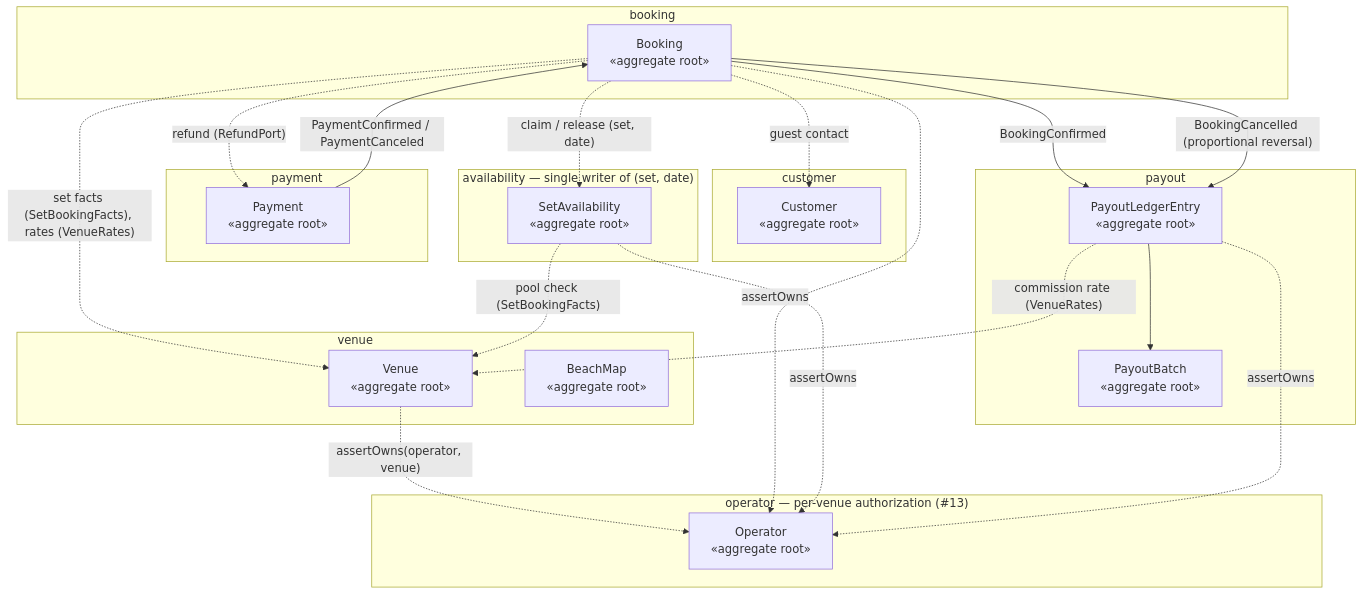
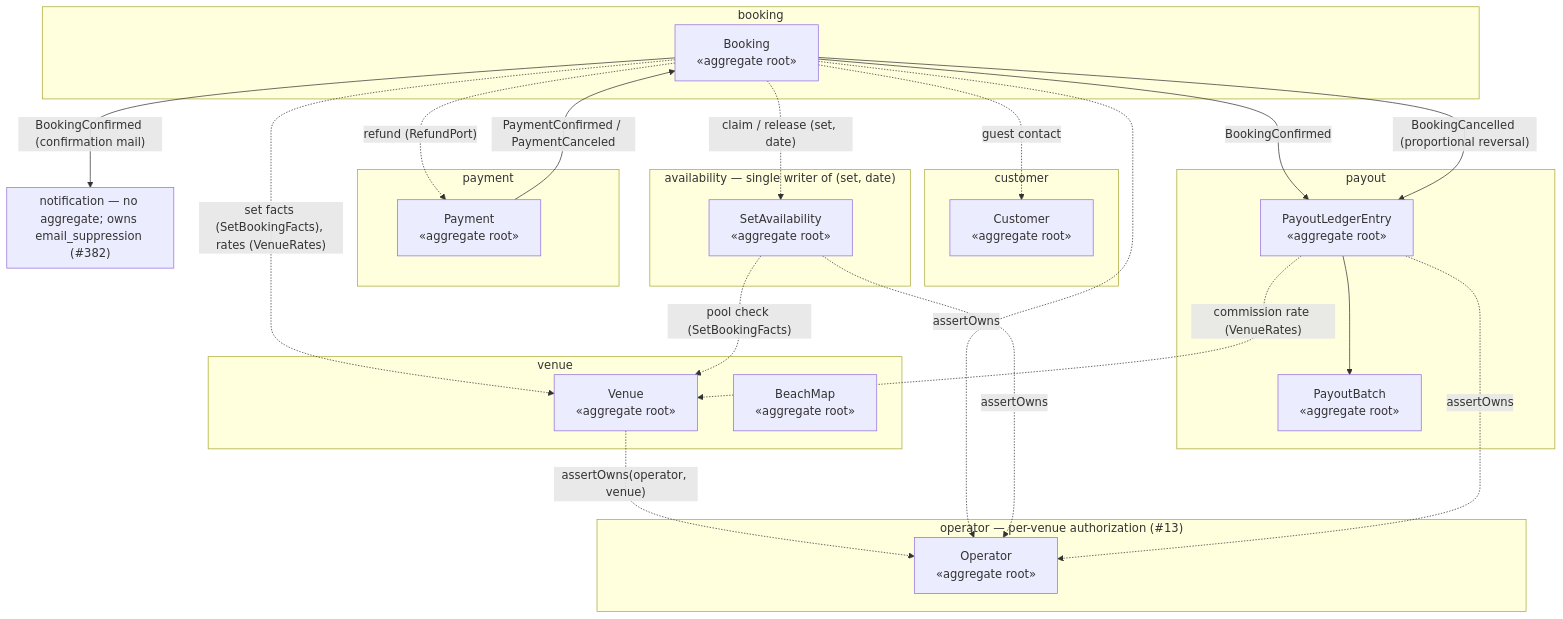
One commit to ivopogace/riviera-sunbed-booking changed the first of 12 diagrams in docs/architecture/domain-model.md. Above: the diagram before and after it, drawn with Mermaid. The commit also changed other lines of this file and 13 other files, not shown here.

````diff
--- a/docs/architecture/domain-model.md
+++ b/docs/architecture/domain-model.md
@@ -27,42 +27,46 @@
 ```mermaid
 graph TB
     subgraph customer["customer"]
         CUST["Customer<br/>«aggregate root»"]
     end
     subgraph venue["venue"]
         VEN["Venue<br/>«aggregate root»"]
         MAP["BeachMap<br/>«aggregate root»"]
     end
     subgraph availability["availability — single writer of (set, date)"]
         AVAIL["SetAvailability<br/>«aggregate root»"]
     end
     subgraph booking["booking"]
         BOOK["Booking<br/>«aggregate root»"]
     end
     subgraph payment["payment"]
         PAY["Payment<br/>«aggregate root»"]
     end
     subgraph payout["payout"]
         LEDG["PayoutLedgerEntry<br/>«aggregate root»"]
         BATCH["PayoutBatch<br/>«aggregate root»"]
     end
+    subgraph notification["notification — no aggregate; owns email_suppression (#382)"]
+    end
+
     subgraph operator["operator — per-venue authorization (#13)"]
         OP["Operator<br/>«aggregate root»"]
     end
 
     PAY -- "PaymentConfirmed / PaymentCanceled" --> BOOK
     BOOK -- "BookingConfirmed" --> LEDG
+    BOOK -- "BookingConfirmed (confirmation mail)" --> notification
     BOOK -- "BookingCancelled (proportional reversal)" --> LEDG
 
     BOOK -. "claim / release (set, date)" .-> AVAIL
     BOOK -. "refund (RefundPort)" .-> PAY
     BOOK -. "set facts (SetBookingFacts), rates (VenueRates)" .-> VEN
     BOOK -. "guest contact" .-> CUST
     AVAIL -. "pool check (SetBookingFacts)" .-> VEN
     LEDG -. "commission rate (VenueRates)" .-> VEN
     VEN -. "assertOwns(operator, venue)" .-> OP
     BOOK -. "assertOwns" .-> OP
     AVAIL -. "assertOwns" .-> OP
     LEDG -. "assertOwns" .-> OP
     LEDG --> BATCH
 ```
````
